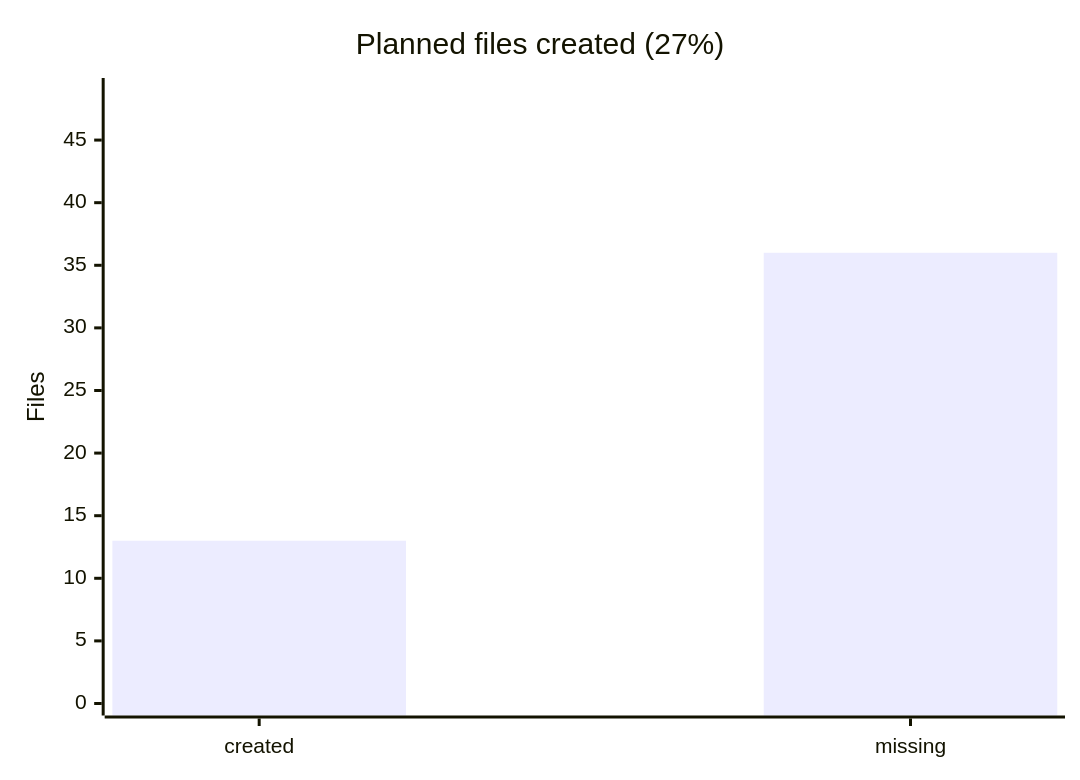
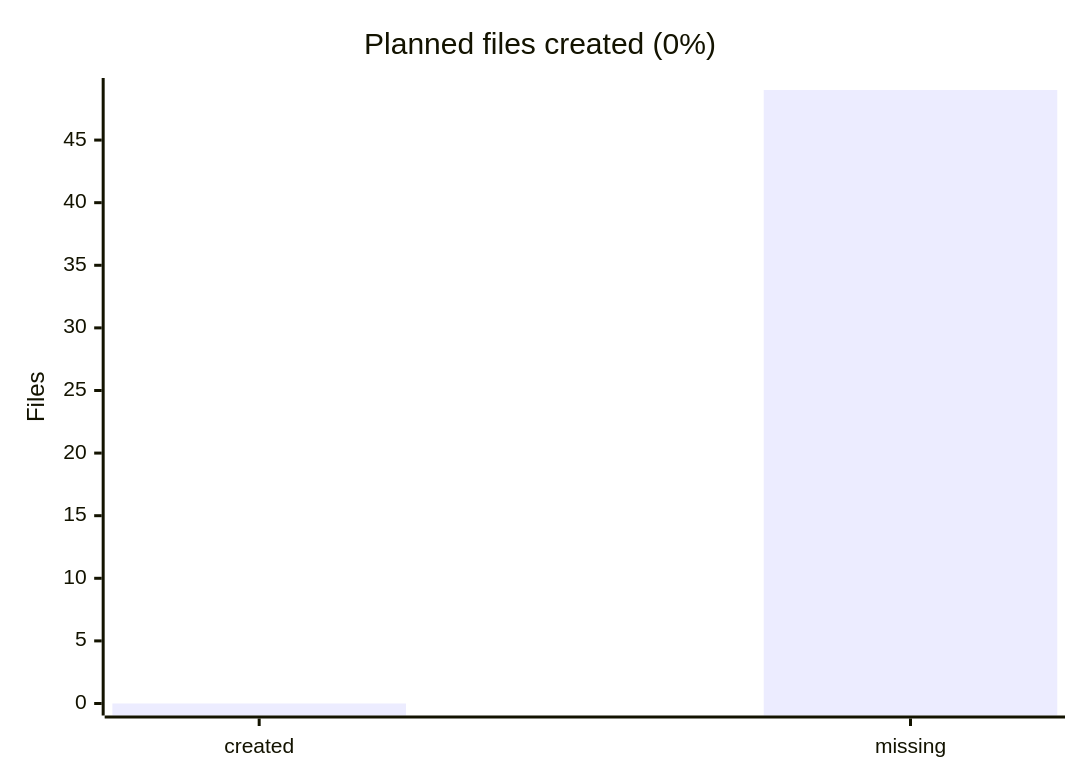
The diagram in docs/generated/modularization-progress.md (Mohammed-Alama/php-arazzo), drawn with Mermaid before and after one commit. The commit also changed other lines of this file and 247 other files, not shown here.

````diff
--- a/docs/generated/modularization-progress.md
+++ b/docs/generated/modularization-progress.md
@@ -15,7 +15,7 @@
 ```mermaid
 xychart-beta
-    title "Planned files created (27%)"
+    title "Planned files created (0%)"
     x-axis ["created", "missing"]
     y-axis "Files" 0 --> 49
-    bar [13, 36]
+    bar [0, 49]
 ```
````
